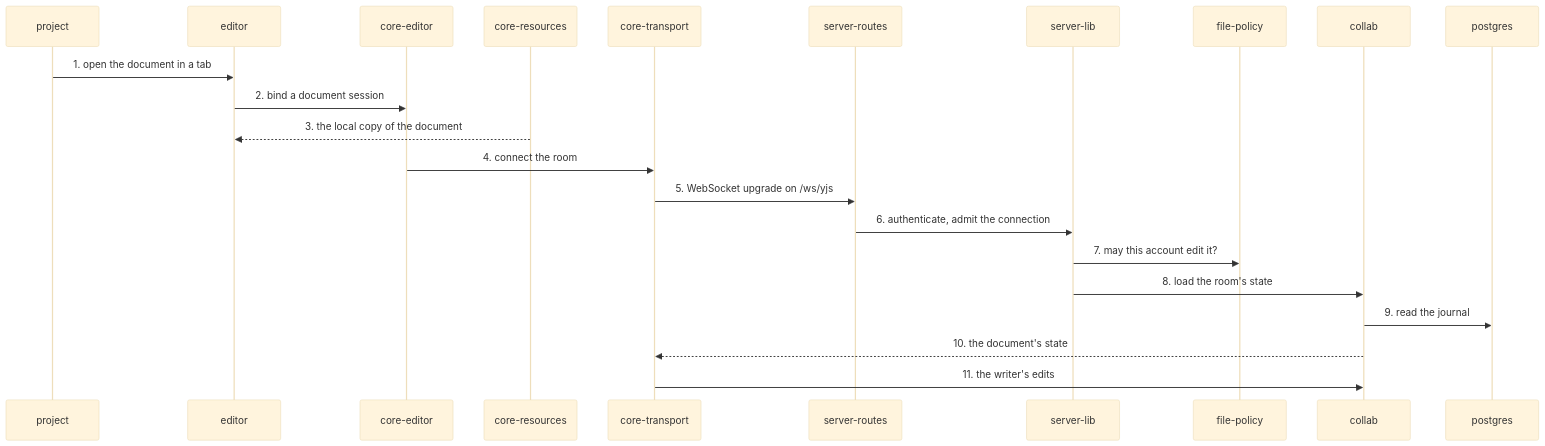
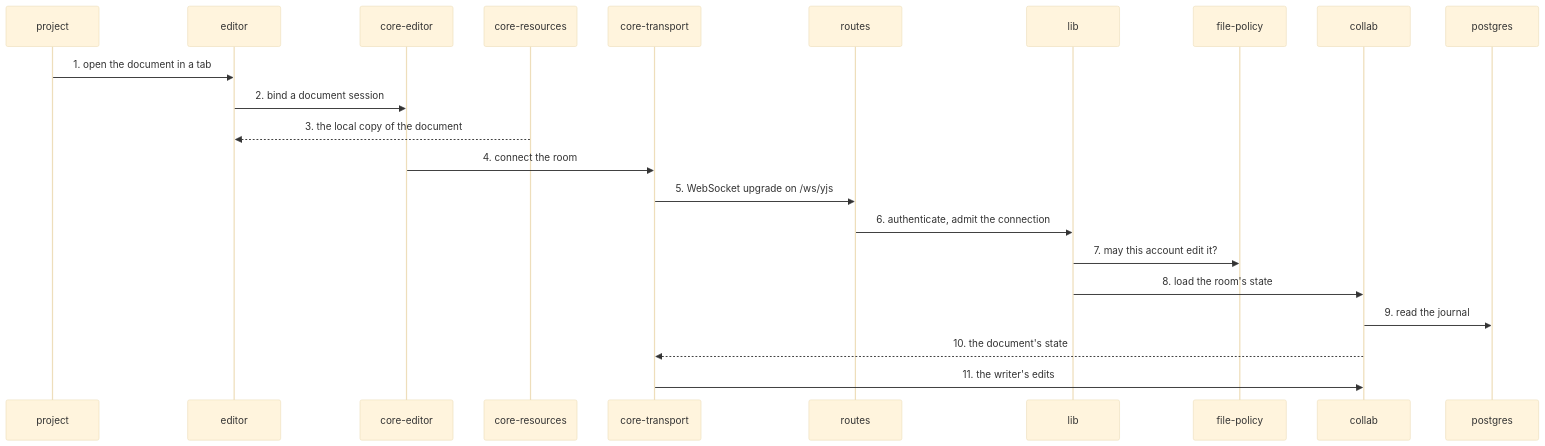
One commit to haowjy/meridian-flow changed the diagram in .context/system-architecture/flows/opening-a-document.md. Above: the diagram before and after it, drawn with Mermaid (base theme). The commit also changed 3 other files, not shown here.

First line of the commit message:
Flows: participants show their plain names; dependencies: shorter note on rows

````diff
--- a/.context/system-architecture/flows/opening-a-document.md
+++ b/.context/system-architecture/flows/opening-a-document.md
@@ -6,24 +6,24 @@
 ```mermaid
 sequenceDiagram
   participant project
   participant editor
   participant core-editor
   participant core-resources
   participant core-transport
-  participant server-routes
-  participant server-lib
+  participant server-routes as routes
+  participant server-lib as lib
   participant file-policy
   participant collab
   participant postgres
   project->>editor: 1. open the document in a tab
   editor->>core-editor: 2. bind a document session
   core-resources-->>editor: 3. the local copy of the document
   core-editor->>core-transport: 4. connect the room
   core-transport->>server-routes: 5. WebSocket upgrade on /ws/yjs
   server-routes->>server-lib: 6. authenticate, admit the connection
   server-lib->>file-policy: 7. may this account edit it?
   server-lib->>collab: 8. load the room's state
   collab->>postgres: 9. read the journal
   collab-->>core-transport: 10. the document's state
   core-transport->>collab: 11. the writer's edits
 ```
````
